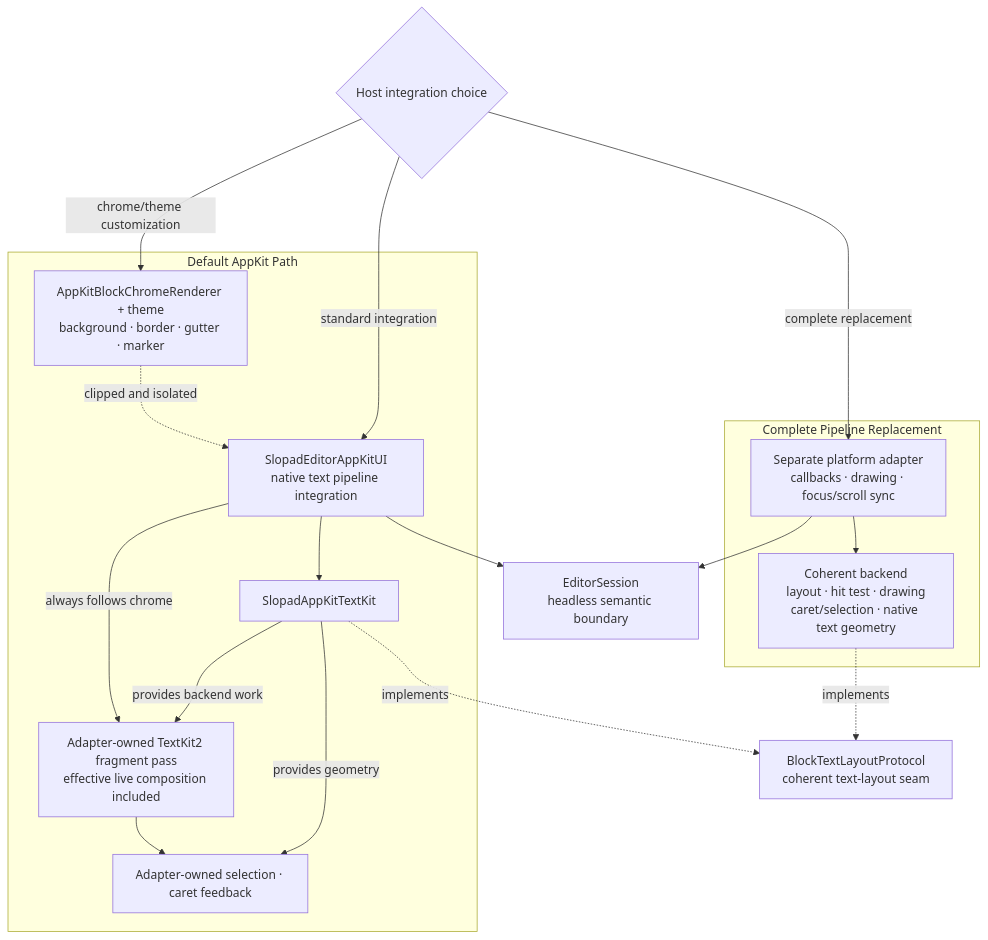
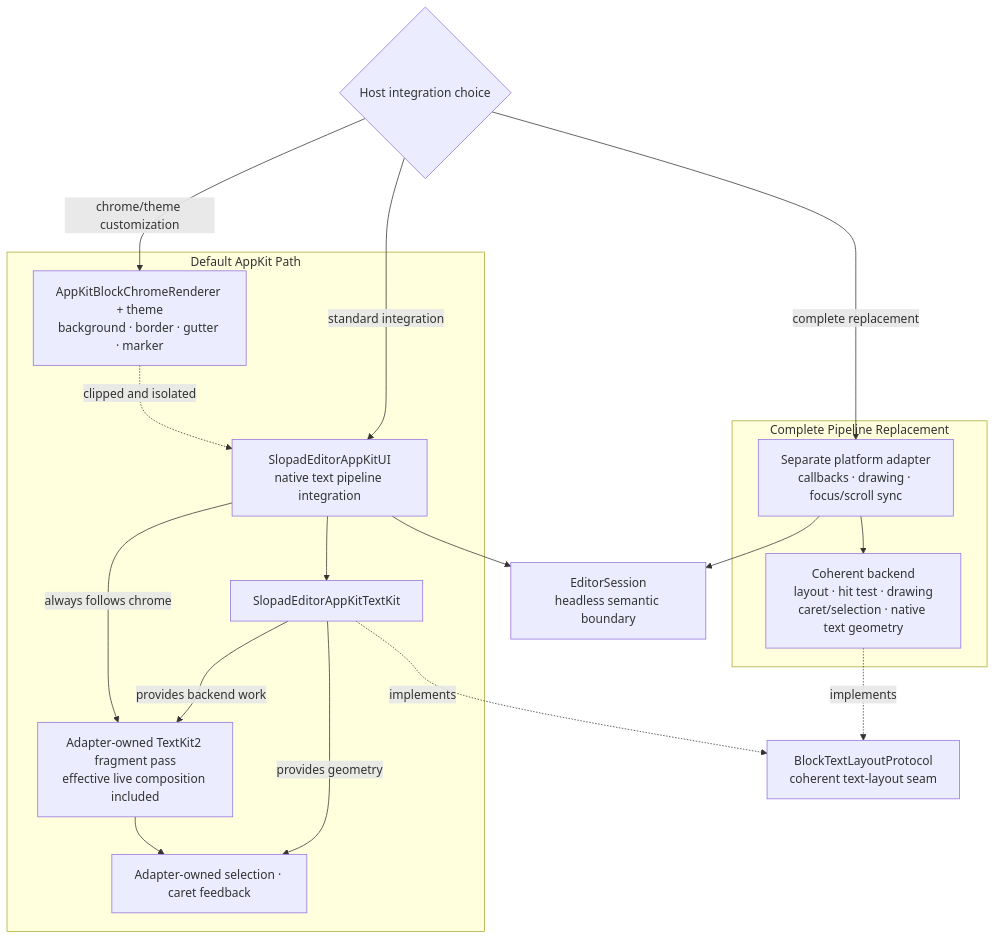
Before and after one commit to hot666666/SlopadEditor: the diagram in ADR/0007-appkit-ui-adapter-package.md, drawn with Mermaid. The commit also changed other lines of this file and 42 other files, not shown here.

First line of the commit message:
refactor: rename SlopadAppKitTextKit to SlopadEditorAppKitTextKit

````diff
--- a/ADR/0007-appkit-ui-adapter-package.md
+++ b/ADR/0007-appkit-ui-adapter-package.md
@@ -47,36 +47,36 @@
 ```mermaid
 flowchart TB
     Host{"Host integration choice"}
     Session["EditorSession<br/>headless semantic boundary"]
     Seam["BlockTextLayoutProtocol<br/>coherent text-layout seam"]
 
     subgraph Default["Default AppKit Path"]
         AppKitUI["SlopadEditorAppKitUI<br/>native text pipeline integration"]
         Chrome["AppKitBlockChromeRenderer + theme<br/>background · border · gutter · marker"]
         FragmentPass["Adapter-owned TextKit2 fragment pass<br/>effective live composition included"]
         FeedbackPass["Adapter-owned selection · caret feedback"]
-        AppKitTextKit["SlopadAppKitTextKit"]
+        AppKitTextKit["SlopadEditorAppKitTextKit"]
 
         Chrome -.->|"clipped and isolated"| AppKitUI
         AppKitUI -->|"always follows chrome"| FragmentPass
         FragmentPass --> FeedbackPass
         AppKitUI --> AppKitTextKit
         AppKitTextKit -->|"provides backend work"| FragmentPass
         AppKitTextKit -->|"provides geometry"| FeedbackPass
     end
 
     subgraph Replacement["Complete Pipeline Replacement"]
         CustomAdapter["Separate platform adapter<br/>callbacks · drawing · focus/scroll sync"]
         CustomBackend["Coherent backend<br/>layout · hit test · drawing<br/>caret/selection · native text geometry"]
     end
 
     Host -->|"standard integration"| AppKitUI
     Host -->|"chrome/theme customization"| Chrome
     AppKitUI --> Session
     AppKitTextKit -.->|"implements"| Seam
 
     Host -->|"complete replacement"| CustomAdapter
     CustomAdapter --> Session
     CustomAdapter --> CustomBackend
     CustomBackend -.->|"implements"| Seam
 ```
````
